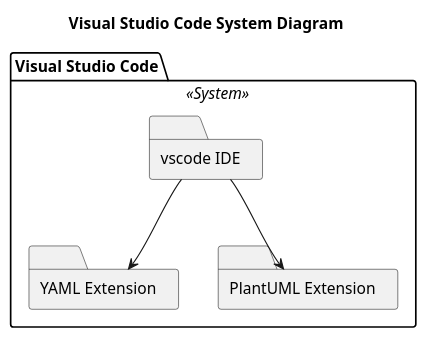
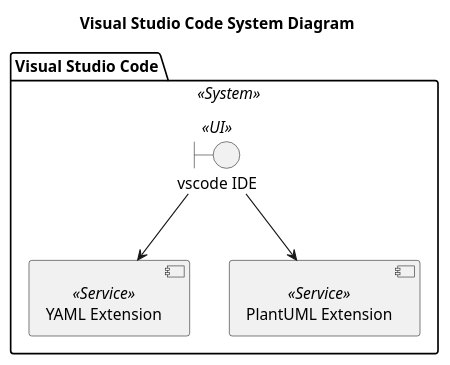
The second of 3 diagrams in output/System/vscode/Diagrams.puml (garrettsutula/example-trellis-project), drawn with PlantUML before and after one commit. The commit also changed 18 other files, not shown here.

```diff
--- a/output/System/vscode/Diagrams.puml
+++ b/output/System/vscode/Diagrams.puml
@@ -10,13 +10,13 @@
 @startuml Visual Studio Code Component Diagram
 title Visual Studio Code System Diagram
 
   package "Visual Studio Code" as VisualStudioCode <<System>> {
-    folder "vscode IDE" as VisualStudioCode.vscodeIDE
-    folder "YAML Extension" as VisualStudioCode.YAMLExtension
-    folder "PlantUML Extension" as VisualStudioCode.PlantUMLExtension
+    boundary "vscode IDE" as VisualStudioCode.vscodeIDE <<UI>>
+    component "YAML Extension" as VisualStudioCode.YAMLExtension <<Service>>
+    component "PlantUML Extension" as VisualStudioCode.PlantUMLExtension <<Service>>
   }
 
   VisualStudioCode.vscodeIDE --> VisualStudioCode.YAMLExtension
   VisualStudioCode.vscodeIDE --> VisualStudioCode.PlantUMLExtension
 
 @enduml
```
